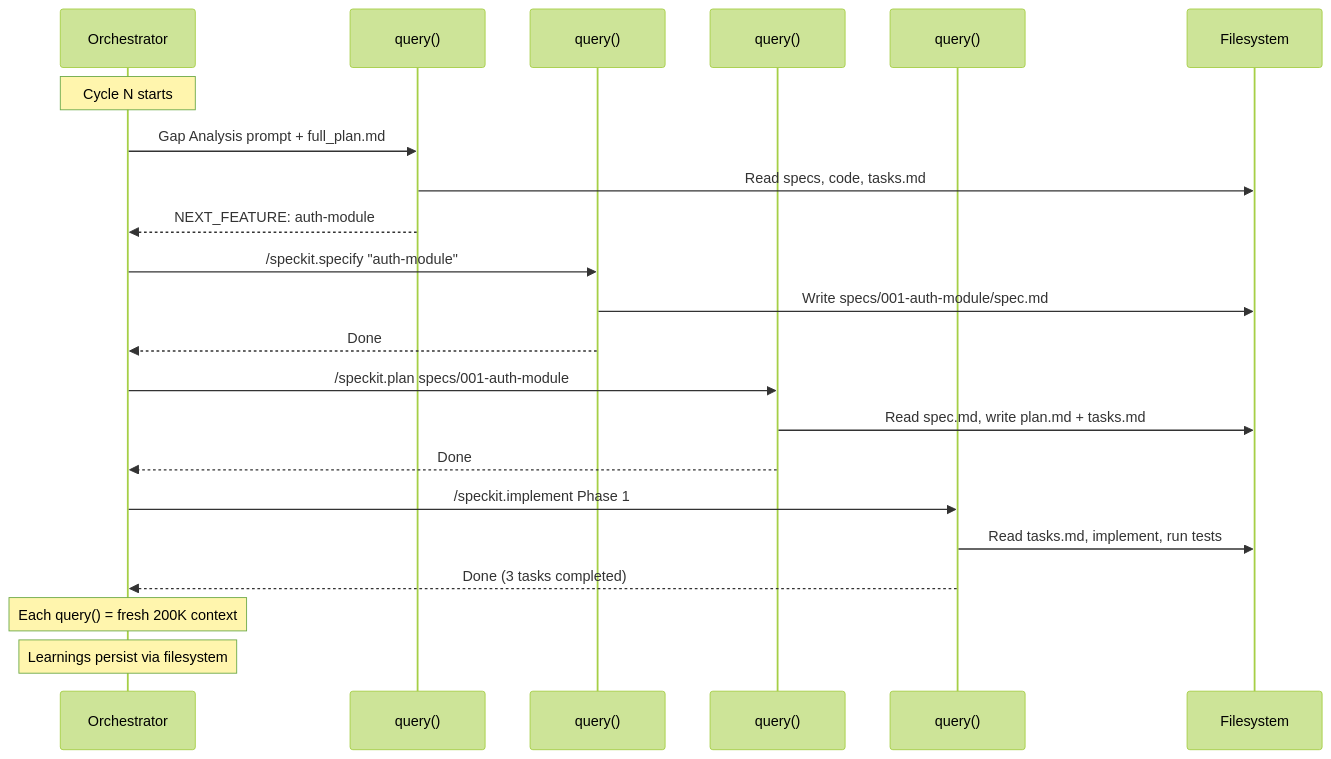
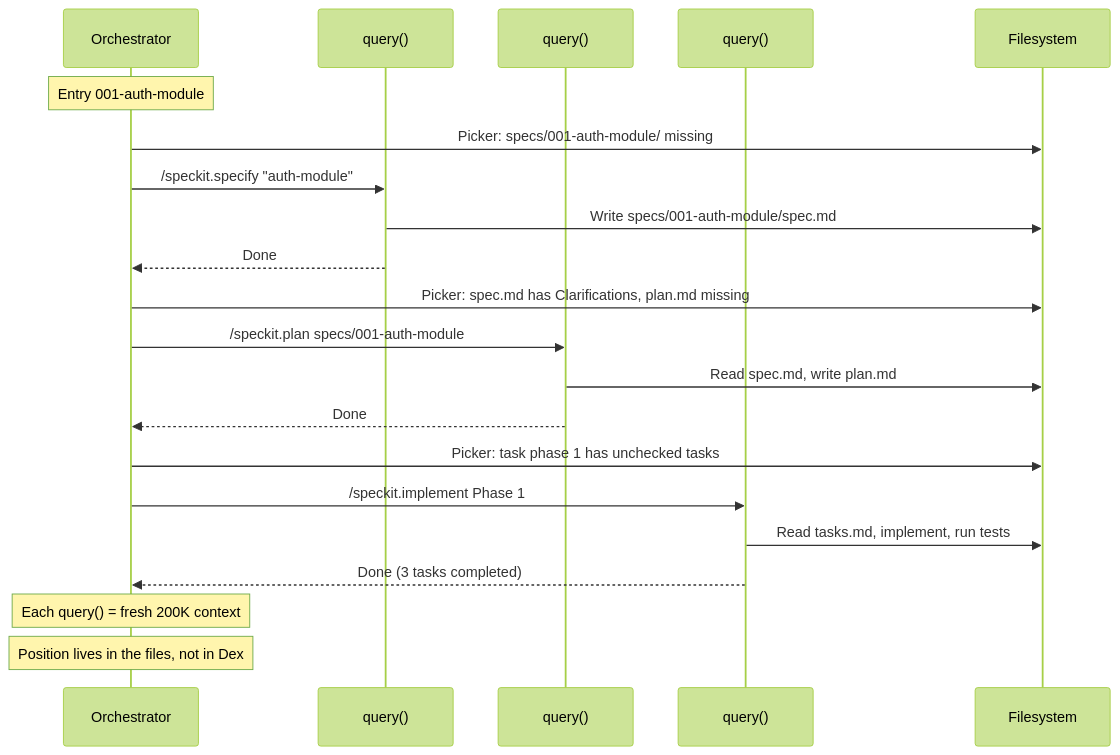
One commit to lukaskellerstein/dex changed the third of 11 diagrams in docs/SOLUTION.md. Above: the diagram before and after it, drawn with Mermaid (forest theme). The commit also changed other lines of this file and 217 other files, not shown here.

First line of the commit message:
Lean core: queue-driven loop, project policy and the dex run CLI (015) (#23)

````diff
--- a/docs/SOLUTION.md
+++ b/docs/SOLUTION.md
@@ -177,29 +179,27 @@
 ```mermaid
 sequenceDiagram
     participant O as Orchestrator
     participant Q1 as query() #1
     participant Q2 as query() #2
     participant Q3 as query() #3
-    participant Q4 as query() #4
     participant FS as Filesystem
 
-    Note over O: Cycle N starts
-    O->>Q1: Gap Analysis prompt + full_plan.md
-    Q1->>FS: Read specs, code, tasks.md
-    Q1-->>O: NEXT_FEATURE: auth-module
+    Note over O: Entry 001-auth-module
+    O->>FS: Picker: specs/001-auth-module/ missing
+    O->>Q1: /speckit.specify "auth-module"
+    Q1->>FS: Write specs/001-auth-module/spec.md
+    Q1-->>O: Done
 
-    O->>Q2: /speckit.specify "auth-module"
-    Q2->>FS: Write specs/001-auth-module/spec.md
+    O->>FS: Picker: spec.md has Clarifications, plan.md missing
+    O->>Q2: /speckit.plan specs/001-auth-module
+    Q2->>FS: Read spec.md, write plan.md
     Q2-->>O: Done
 
-    O->>Q3: /speckit.plan specs/001-auth-module
-    Q3->>FS: Read spec.md, write plan.md + tasks.md
-    Q3-->>O: Done
-
-    O->>Q4: /speckit.implement Phase 1
-    Q4->>FS: Read tasks.md, implement, run tests
-    Q4-->>O: Done (3 tasks completed)
+    O->>FS: Picker: task phase 1 has unchecked tasks
+    O->>Q3: /speckit.implement Phase 1
+    Q3->>FS: Read tasks.md, implement, run tests
+    Q3-->>O: Done (3 tasks completed)
 
     Note over O: Each query() = fresh 200K context
-    Note over O: Learnings persist via filesystem
+    Note over O: Position lives in the files, not in Dex
 ```
````
